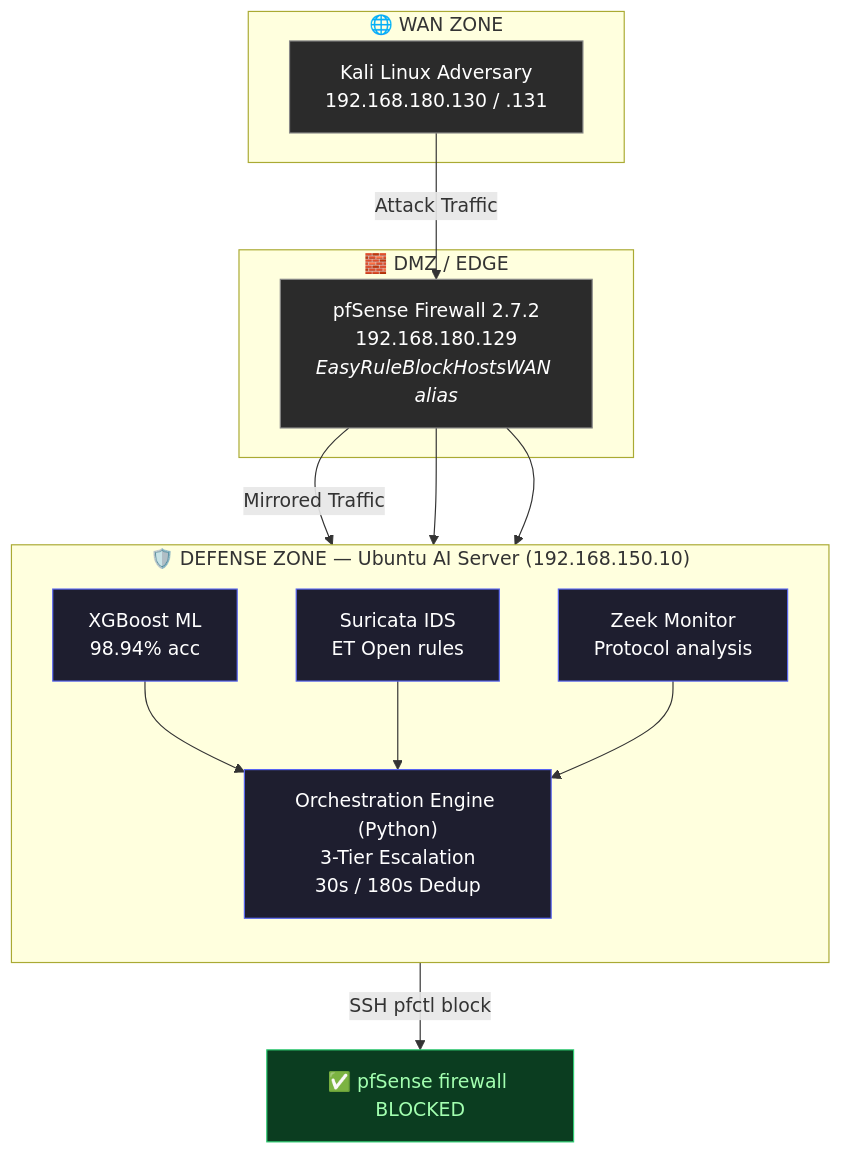
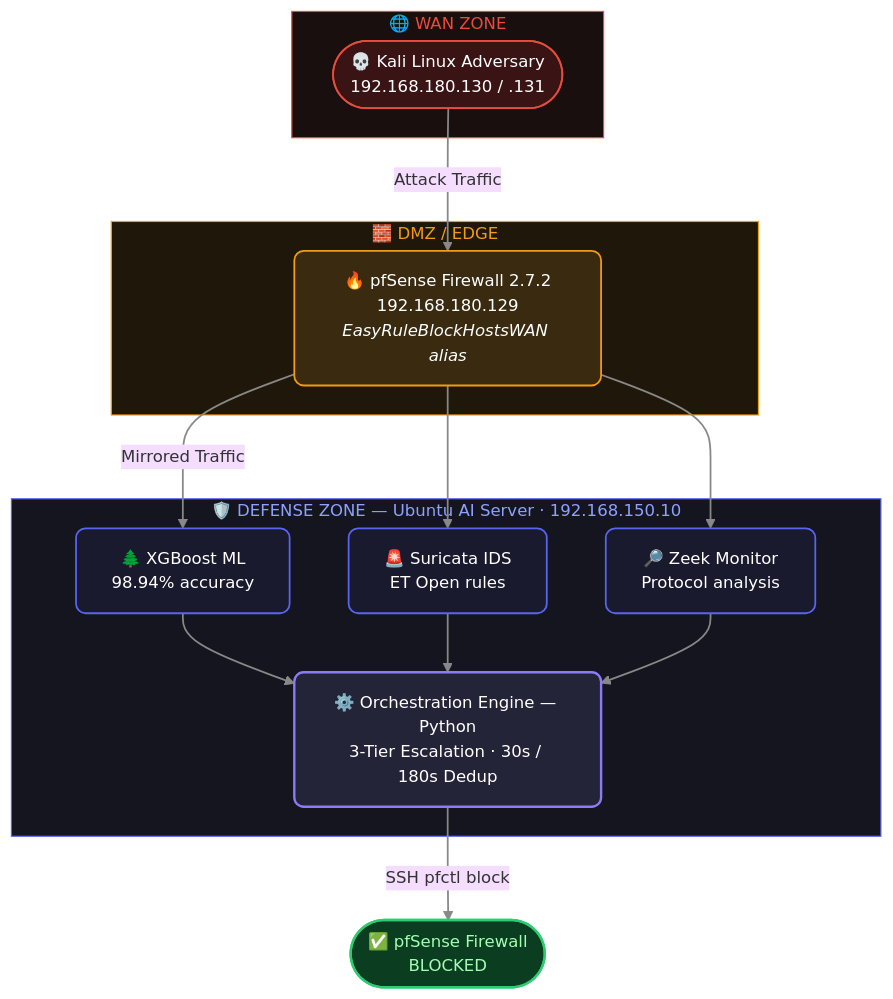
The diagram in README.md (ahhmedmostafaa/AI_Powered_Cybersecurity_Lab), drawn with Mermaid before and after one commit.

````diff
--- a/README.md
+++ b/README.md
@@ -45,37 +45,53 @@
 ```mermaid
+%%{init: {'theme':'base', 'themeVariables': {'fontSize':'14px', 'fontFamily':'monospace'}}}%%
 flowchart TB
-    subgraph WAN["🌐 WAN ZONE"]
-        A["Kali Linux Adversary<br/>192.168.180.130 / .131"]
+    A(["💀 Kali Linux Adversary<br/>192.168.180.130 / .131"])
+
+    subgraph WAN[" 🌐  WAN ZONE "]
+        A
     end
 
-    subgraph DMZ["🧱 DMZ / EDGE"]
-        B["pfSense Firewall 2.7.2<br/>192.168.180.129<br/><i>EasyRuleBlockHostsWAN alias</i>"]
+    B["🔥 pfSense Firewall 2.7.2<br/>192.168.180.129<br/><i>EasyRuleBlockHostsWAN alias</i>"]
+
+    subgraph DMZ[" 🧱  DMZ / EDGE "]
+        B
     end
 
-    subgraph DEFENSE["🛡️ DEFENSE ZONE — Ubuntu AI Server (192.168.150.10)"]
-        direction TB
-        C1["XGBoost ML<br/>98.94% acc"]
-        C2["Suricata IDS<br/>ET Open rules"]
-        C3["Zeek Monitor<br/>Protocol analysis"]
-        D["Orchestration Engine (Python)<br/>3-Tier Escalation<br/>30s / 180s Dedup"]
+    subgraph DEFENSE[" 🛡️  DEFENSE ZONE — Ubuntu AI Server · 192.168.150.10 "]
+        C1["🌲 XGBoost ML<br/>98.94% accuracy"]
+        C2["🚨 Suricata IDS<br/>ET Open rules"]
+        C3["🔎 Zeek Monitor<br/>Protocol analysis"]
+        D["⚙️ Orchestration Engine — Python<br/>3-Tier Escalation · 30s / 180s Dedup"]
+        C1 --> D
+        C2 --> D
+        C3 --> D
     end
 
-    E["✅ pfSense firewall BLOCKED"]
+    E(["✅ pfSense Firewall<br/>BLOCKED"])
 
-    A -->|Attack Traffic| B
-    B -->|Mirrored Traffic| C1
-    B --> C2
-    B --> C3
-    C1 --> D
-    C2 --> D
-    C3 --> D
-    D -->|SSH pfctl block| E
+    A ==>|Attack Traffic| B
+    B ==>|Mirrored Traffic| C1
+    B ==> C2
+    B ==> C3
+    D ==>|SSH pfctl block| E
 
-    style A fill:#2b2b2b,color:#fff,stroke:#888
-    style B fill:#2b2b2b,color:#fff,stroke:#888
-    style C1 fill:#1e1e2f,color:#fff,stroke:#5865f2
-    style C2 fill:#1e1e2f,color:#fff,stroke:#5865f2
-    style C3 fill:#1e1e2f,color:#fff,stroke:#5865f2
-    style D fill:#1e1e2f,color:#fff,stroke:#5865f2
-    style E fill:#0b3d20,color:#a3ffb0,stroke:#2ecc71
+    classDef wan fill:#3a1414,stroke:#e74c3c,stroke-width:1.5px,color:#fff,rx:8,ry:8
+    classDef dmz fill:#3a2a10,stroke:#f39c12,stroke-width:1.5px,color:#fff,rx:8,ry:8
+    classDef engine fill:#1a1a2e,stroke:#5865f2,stroke-width:1.5px,color:#fff,rx:8,ry:8
+    classDef orch fill:#242438,stroke:#8b7cf6,stroke-width:2px,color:#fff,rx:8,ry:8
+    classDef success fill:#0b3d20,stroke:#2ecc71,stroke-width:2px,color:#a3ffb0,rx:8,ry:8
+    classDef zoneWan fill:#1a0f0f,stroke:#e74c3c,stroke-width:1px,color:#e74c3c
+    classDef zoneDmz fill:#1f180a,stroke:#f39c12,stroke-width:1px,color:#f39c12
+    classDef zoneDef fill:#15151f,stroke:#5865f2,stroke-width:1px,color:#8ea1ff
+
+    class A wan
+    class B dmz
+    class C1,C2,C3 engine
+    class D orch
+    class E success
+    class WAN zoneWan
+    class DMZ zoneDmz
+    class DEFENSE zoneDef
+
+    linkStyle default stroke:#888,stroke-width:1.5px
 ```
````
